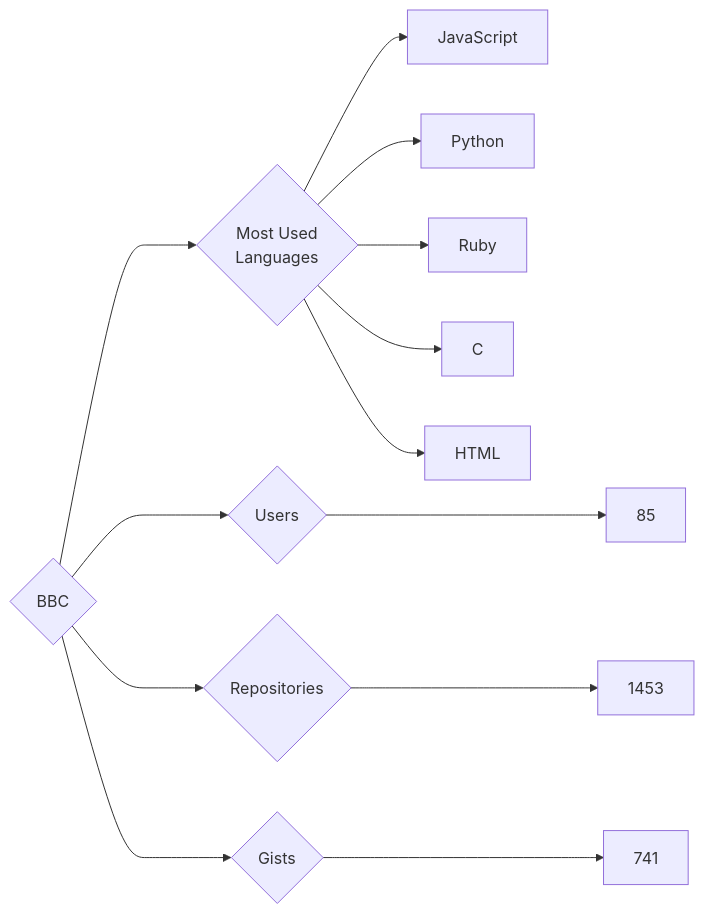
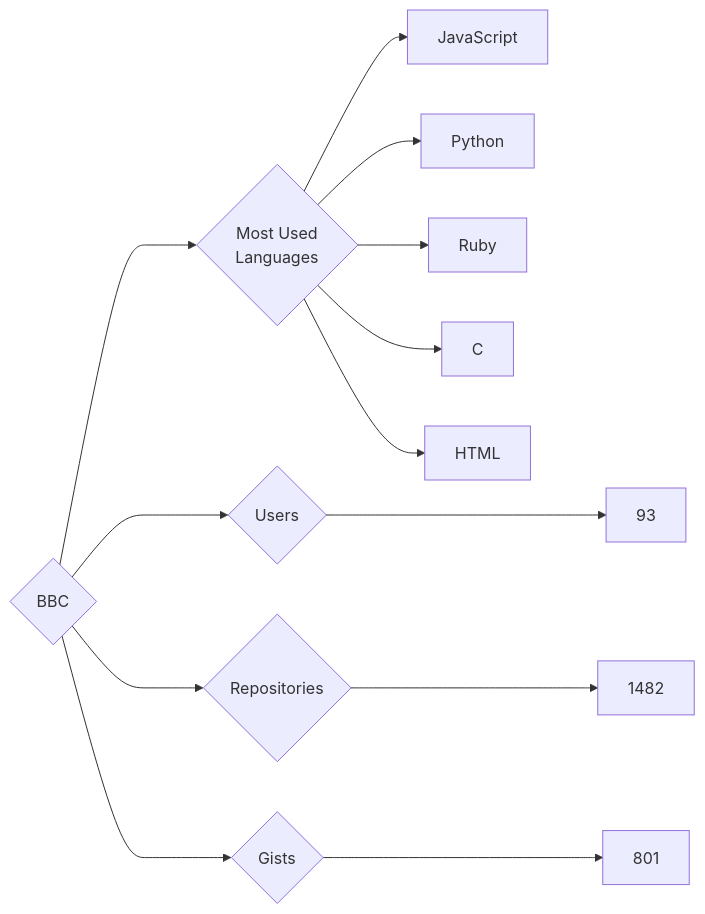
Before and after one commit to trickest/insiders: the diagram in targets/BBC/README.md, drawn with Mermaid. The commit also changed 951 other files, not shown here.

````diff
--- a/targets/BBC/README.md
+++ b/targets/BBC/README.md
@@ -3,13 +3,13 @@
 ```mermaid
 graph LR
 COMPANY_NAME{BBC}
-COMPANY_NAME ---> U{Users} ---> UN[85]
-COMPANY_NAME ---> R{Repositories} ---> RN[1453]
-COMPANY_NAME ---> G{Gists} ---> GN[741]
+COMPANY_NAME ---> U{Users} ---> UN[93]
+COMPANY_NAME ---> R{Repositories} ---> RN[1482]
+COMPANY_NAME ---> G{Gists} ---> GN[801]
 COMPANY_NAME ---> ML{Most Used<br>Languages}
 ML --> JavaScript[JavaScript]
 ML --> Python[Python]
 ML --> Ruby[Ruby]
 ML --> C[C]
 ML --> HTML[HTML]
 ```
````
